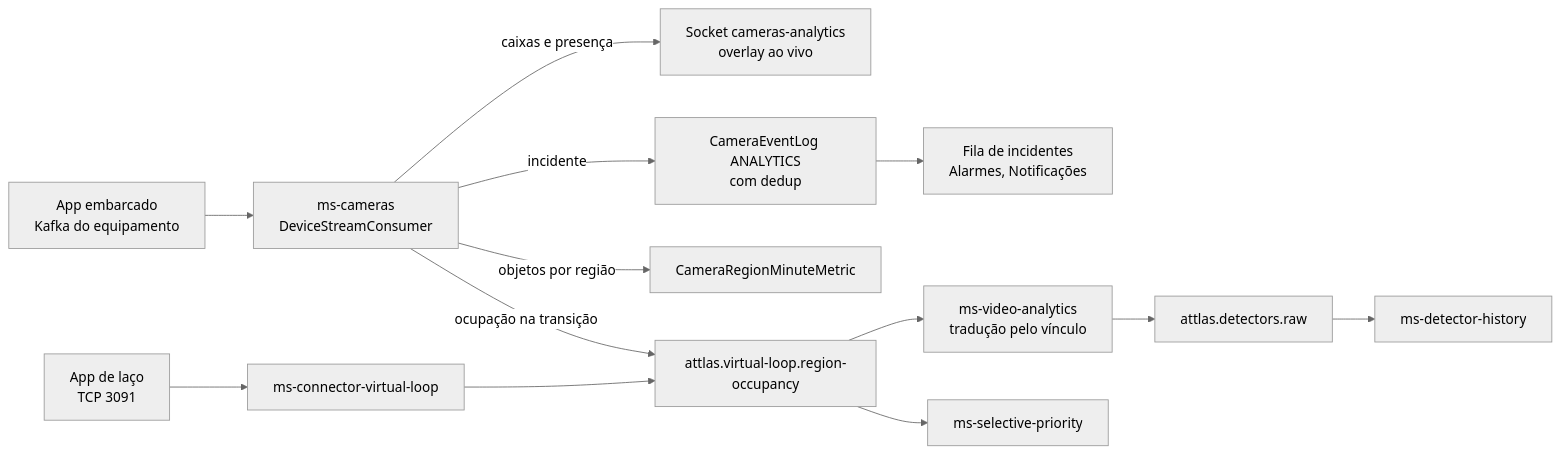
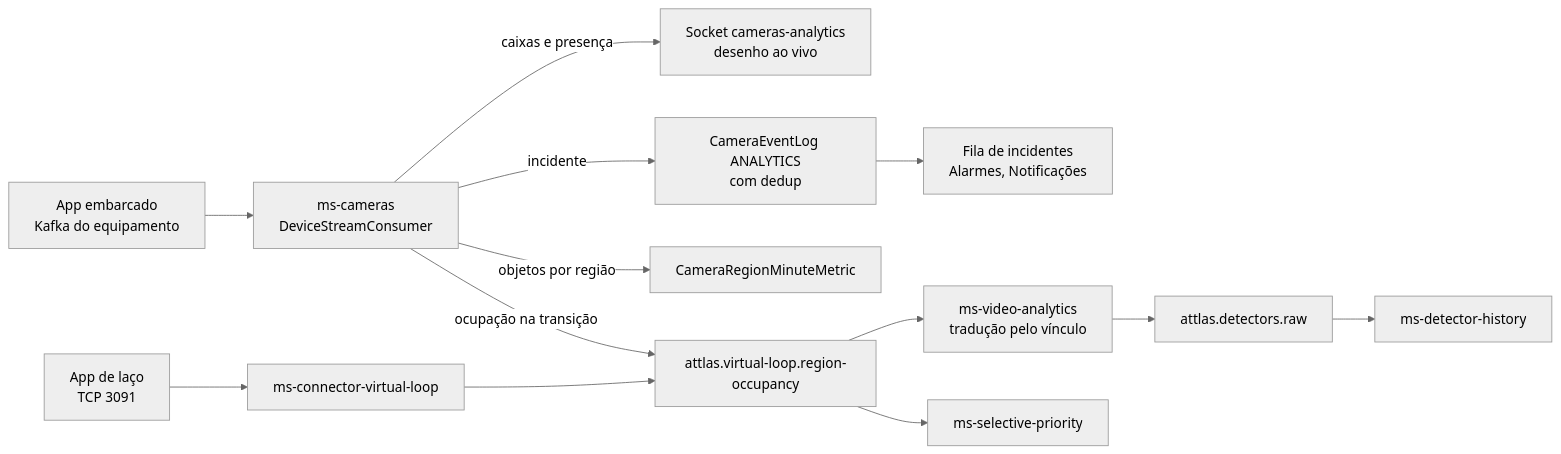
Before and after one commit to afonsoburginski/obsidian: the diagram in Docs/Analítico/Analítico - Fluxos.md, drawn with Mermaid (neutral theme). The commit also changed other lines of this file and 85 other files, not shown here.

````diff
--- a/Docs/Analítico/Analítico - Fluxos.md
+++ b/Docs/Analítico/Analítico - Fluxos.md
@@ -34,13 +33,13 @@
 ```mermaid
 flowchart LR
     APP["App embarcado<br/>Kafka do equipamento"] --> C["ms-cameras<br/>DeviceStreamConsumer"]
-    C -->|"caixas e presença"| WS["Socket cameras-analytics<br/>overlay ao vivo"]
+    C -->|"caixas e presença"| WS["Socket cameras-analytics<br/>desenho ao vivo"]
     C -->|"incidente"| LOG["CameraEventLog ANALYTICS<br/>com dedup"]
     LOG --> FILA["Fila de incidentes<br/>Alarmes, Notificações"]
     C -->|"objetos por região"| MIN["CameraRegionMinuteMetric"]
     C -->|"ocupação na transição"| OCC["attlas.virtual-loop.region-occupancy"]
     TCP["App de laço<br/>TCP 3091"] --> CON["ms-connector-virtual-loop"] --> OCC
     OCC --> VA["ms-video-analytics<br/>tradução pelo vínculo"]
     VA --> RAW["attlas.detectors.raw"] --> DH["ms-detector-history"]
     OCC --> SP["ms-selective-priority"]
 ```
````
